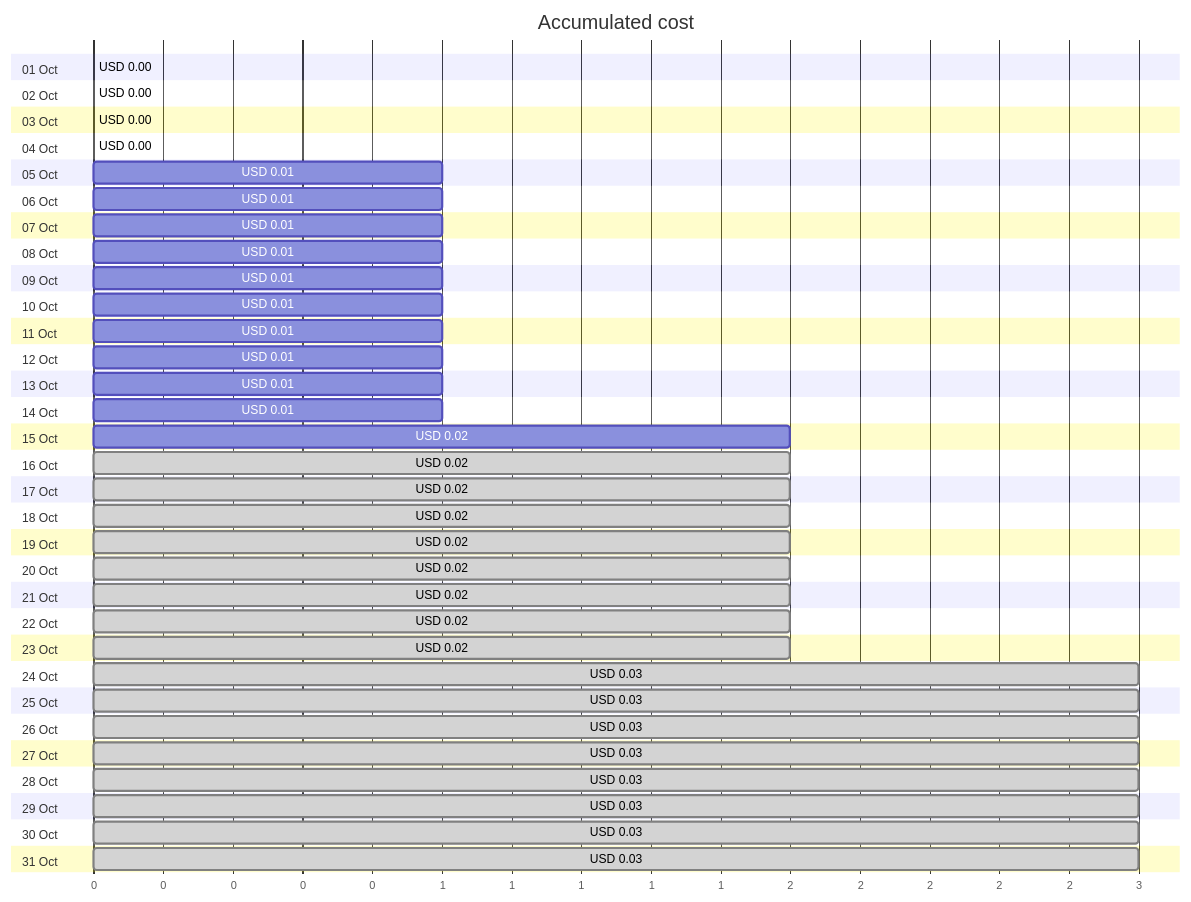
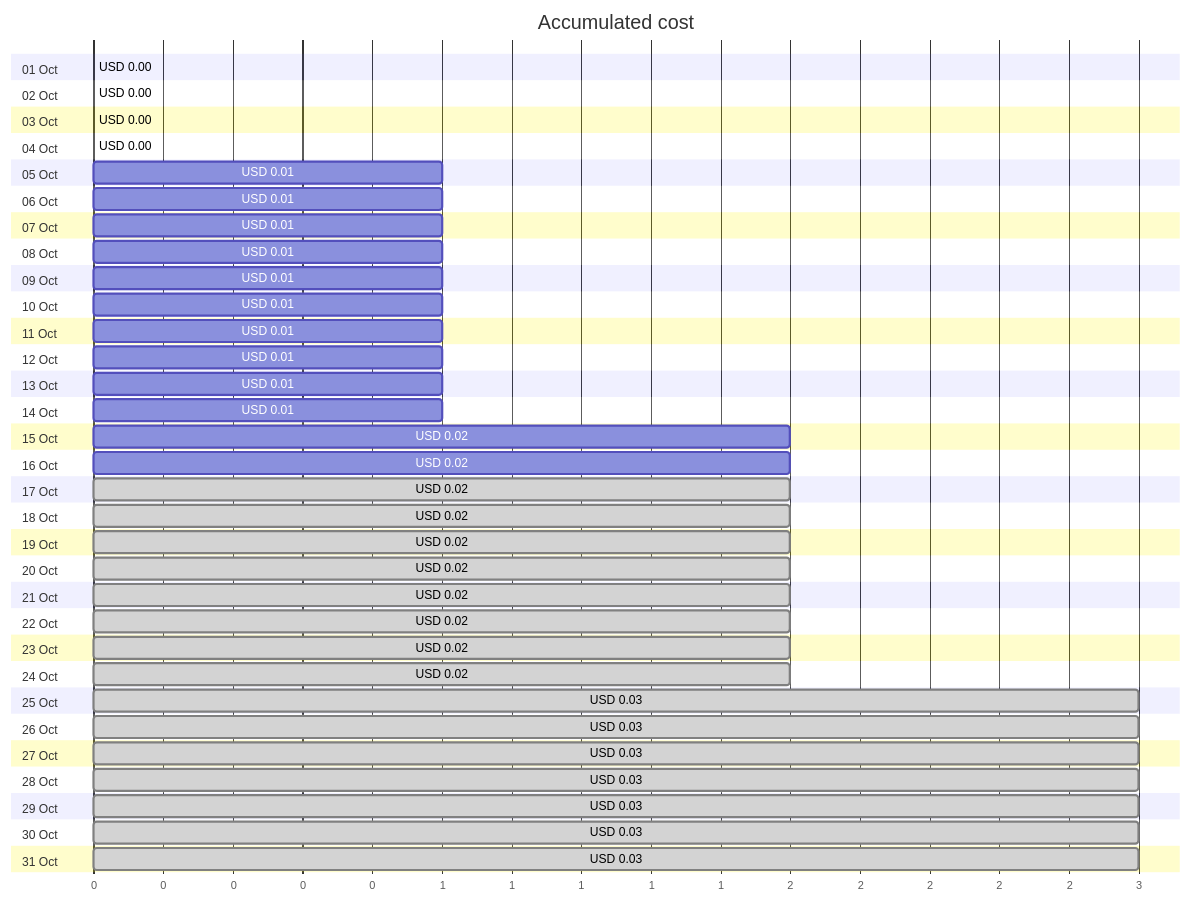
One commit to jpfulton/azure-personal-reports changed the first of 4 diagrams in cost-reports/personal-site/personalsiteapipreview.md. Above: the diagram before and after it, drawn with Mermaid. The commit also changed other lines of this file and 7 other files, not shown here.

````diff
--- a/cost-reports/personal-site/personalsiteapipreview.md
+++ b/cost-reports/personal-site/personalsiteapipreview.md
@@ -20,68 +20,68 @@
 ```mermaid
 gantt
    title Accumulated cost
    dateFormat  X
    axisFormat %s
    section 01 Oct
    USD 0.00 :0, 0
    section 02 Oct
    USD 0.00 :0, 0
    section 03 Oct
    USD 0.00 :0, 0
    section 04 Oct
    USD 0.00 :0, 0
    section 05 Oct
    USD 0.01 :0, 1
    section 06 Oct
    USD 0.01 :0, 1
    section 07 Oct
    USD 0.01 :0, 1
    section 08 Oct
    USD 0.01 :0, 1
    section 09 Oct
    USD 0.01 :0, 1
    section 10 Oct
    USD 0.01 :0, 1
    section 11 Oct
    USD 0.01 :0, 1
    section 12 Oct
    USD 0.01 :0, 1
    section 13 Oct
    USD 0.01 :0, 1
    section 14 Oct
    USD 0.01 :0, 1
    section 15 Oct
    USD 0.02 :0, 2
    section 16 Oct
-   USD 0.02 : done, 0, 2
+   USD 0.02 :0, 2
    section 17 Oct
    USD 0.02 : done, 0, 2
    section 18 Oct
    USD 0.02 : done, 0, 2
    section 19 Oct
    USD 0.02 : done, 0, 2
    section 20 Oct
    USD 0.02 : done, 0, 2
    section 21 Oct
    USD 0.02 : done, 0, 2
    section 22 Oct
    USD 0.02 : done, 0, 2
    section 23 Oct
    USD 0.02 : done, 0, 2
    section 24 Oct
-   USD 0.03 : done, 0, 3
+   USD 0.02 : done, 0, 2
    section 25 Oct
    USD 0.03 : done, 0, 3
    section 26 Oct
    USD 0.03 : done, 0, 3
    section 27 Oct
    USD 0.03 : done, 0, 3
    section 28 Oct
    USD 0.03 : done, 0, 3
    section 29 Oct
    USD 0.03 : done, 0, 3
    section 30 Oct
    USD 0.03 : done, 0, 3
    section 31 Oct
    USD 0.03 : done, 0, 3
 ```
````
